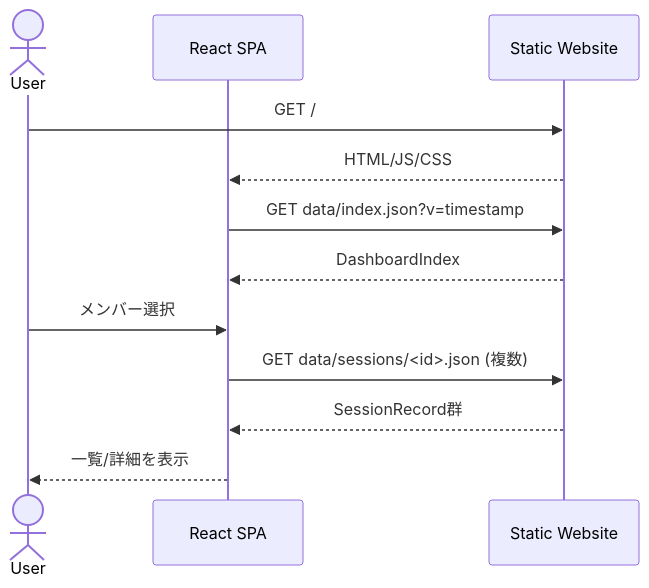
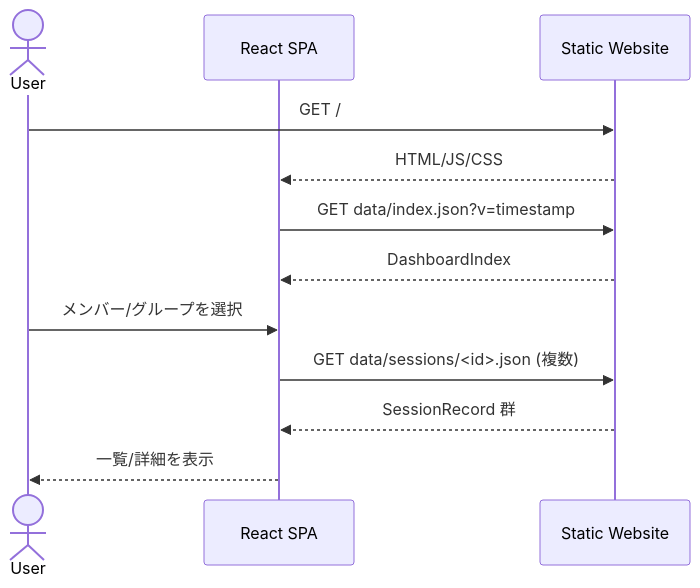
Before and after one commit to nuitsjp/teams-board: the second of 4 diagrams in docs/architecture.md, drawn with Mermaid. The commit also changed other lines of this file and 21 other files, not shown here.

````diff
--- a/docs/architecture.md
+++ b/docs/architecture.md
@@ -159,15 +122,15 @@
 ```mermaid
 sequenceDiagram
   actor U as User
   participant SPA as React SPA
   participant WEB as Static Website
 
   U->>WEB: GET /
   WEB-->>SPA: HTML/JS/CSS
   SPA->>WEB: GET data/index.json?v=timestamp
   WEB-->>SPA: DashboardIndex
-  U->>SPA: メンバー選択
+  U->>SPA: メンバー/グループを選択
   SPA->>WEB: GET data/sessions/<id>.json (複数)
-  WEB-->>SPA: SessionRecord群
+  WEB-->>SPA: SessionRecord 群
   SPA-->>U: 一覧/詳細を表示
 ```
````
